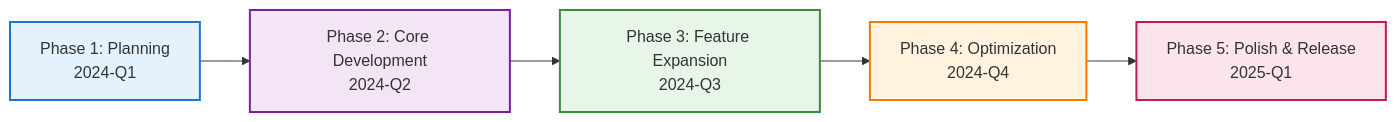
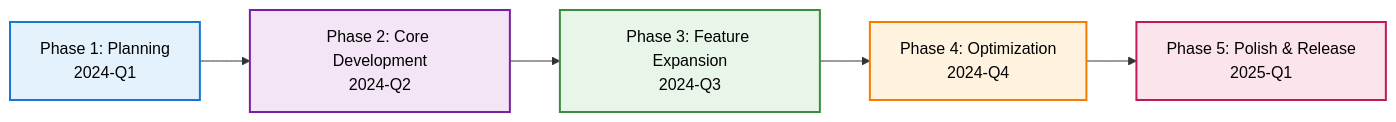
One commit to NK2552003/ULTIMATE-MEDIA-DOWNLOADER changed the fourth of 6 diagrams in README.md. Above: the diagram before and after it, drawn with Mermaid. The commit also changed other lines of this file, not shown here.

````diff
--- a/README.md
+++ b/README.md
@@ -556,13 +556,13 @@
 ```mermaid
 graph LR
     A[Phase 1: Planning<br/>2024-Q1] --> B[Phase 2: Core Development<br/>2024-Q2]
     B --> C[Phase 3: Feature Expansion<br/>2024-Q3]
     C --> D[Phase 4: Optimization<br/>2024-Q4]
     D --> E[Phase 5: Polish & Release<br/>2025-Q1]
     
-    style A fill:#E3F2FD,stroke:#1976D2,stroke-width:2px
-    style B fill:#F3E5F5,stroke:#7B1FA2,stroke-width:2px
-    style C fill:#E8F5E9,stroke:#388E3C,stroke-width:2px
-    style D fill:#FFF3E0,stroke:#F57C00,stroke-width:2px
-    style E fill:#FCE4EC,stroke:#C2185B,stroke-width:2px
+    style A fill:#E3F2FD,stroke:#1976D2,stroke-width:2px,color:#000
+    style B fill:#F3E5F5,stroke:#7B1FA2,stroke-width:2px,color:#000
+    style C fill:#E8F5E9,stroke:#388E3C,stroke-width:2px,color:#000
+    style D fill:#FFF3E0,stroke:#F57C00,stroke-width:2px,color:#000
+    style E fill:#FCE4EC,stroke:#C2185B,stroke-width:2px,color:#000
 ```
````
